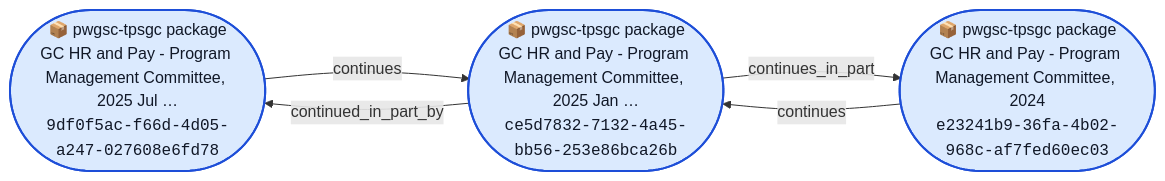
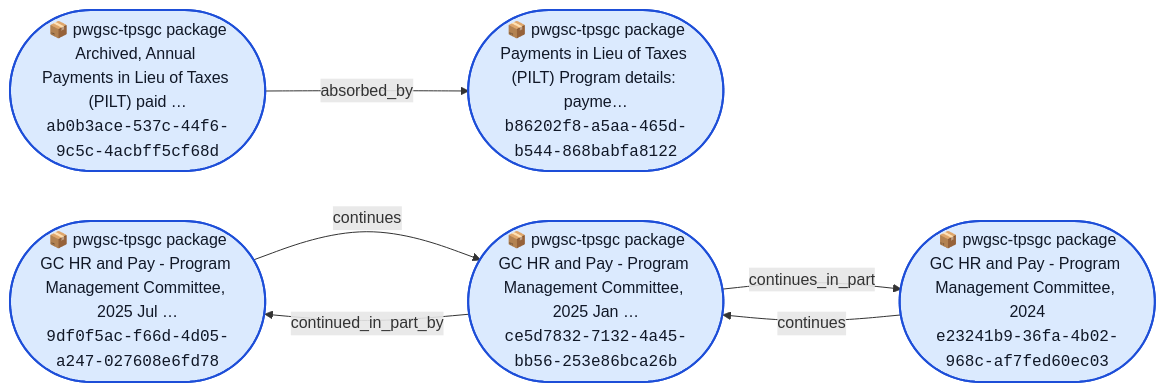
One commit to open-data/analytics-corporate-reporting changed the diagram in DATA_RELS_NETWORK_RPT/charts/pwgsc-tpsgc.md. Above: the diagram before and after it, drawn with Mermaid. The commit also changed 7 other files, not shown here.

````diff
--- a/DATA_RELS_NETWORK_RPT/charts/pwgsc-tpsgc.md
+++ b/DATA_RELS_NETWORK_RPT/charts/pwgsc-tpsgc.md
@@ -3,16 +3,21 @@
 ```mermaid
 flowchart LR
   N1(["📦 pwgsc-tpsgc package<br/>GC HR and Pay - Program Management Committee, 2025 Jul …<br/><code>9df0f5ac-f66d-4d05-a247-027608e6fd78</code>"])
-  N2(["📦 pwgsc-tpsgc package<br/>GC HR and Pay - Program Management Committee, 2025 Jan …<br/><code>ce5d7832-7132-4a45-bb56-253e86bca26b</code>"])
-  N3(["📦 pwgsc-tpsgc package<br/>GC HR and Pay - Program Management Committee, 2024<br/><code>e23241b9-36fa-4b02-968c-af7fed60ec03</code>"])
-  N1 -- "continues" --> N2
-  N2 -- "continued_in_part_by" --> N1
-  N2 -- "continues_in_part" --> N3
-  N3 -- "continues" --> N2
+  N2(["📦 pwgsc-tpsgc package<br/>Archived, Annual Payments in Lieu of Taxes (PILT) paid …<br/><code>ab0b3ace-537c-44f6-9c5c-4acbff5cf68d</code>"])
+  N3(["📦 pwgsc-tpsgc package<br/>Payments in Lieu of Taxes (PILT) Program details: payme…<br/><code>b86202f8-a5aa-465d-b544-868babfa8122</code>"])
+  N4(["📦 pwgsc-tpsgc package<br/>GC HR and Pay - Program Management Committee, 2025 Jan …<br/><code>ce5d7832-7132-4a45-bb56-253e86bca26b</code>"])
+  N5(["📦 pwgsc-tpsgc package<br/>GC HR and Pay - Program Management Committee, 2024<br/><code>e23241b9-36fa-4b02-968c-af7fed60ec03</code>"])
+  N1 -- "continues" --> N4
+  N2 -- "absorbed_by" --> N3
+  N4 -- "continued_in_part_by" --> N1
+  N4 -- "continues_in_part" --> N5
+  N5 -- "continues" --> N4
   class N1 seed
   class N2 seed
   class N3 seed
+  class N4 seed
+  class N5 seed
   classDef seed fill:#dbeafe,stroke:#1d4ed8,stroke-width:2px,color:#111827
   classDef other fill:#ecfccb,stroke:#4d7c0f,stroke-width:1px,color:#111827
   classDef url fill:#f3f4f6,stroke:#6b7280,stroke-dasharray: 4 3,color:#111827
 ```
````
